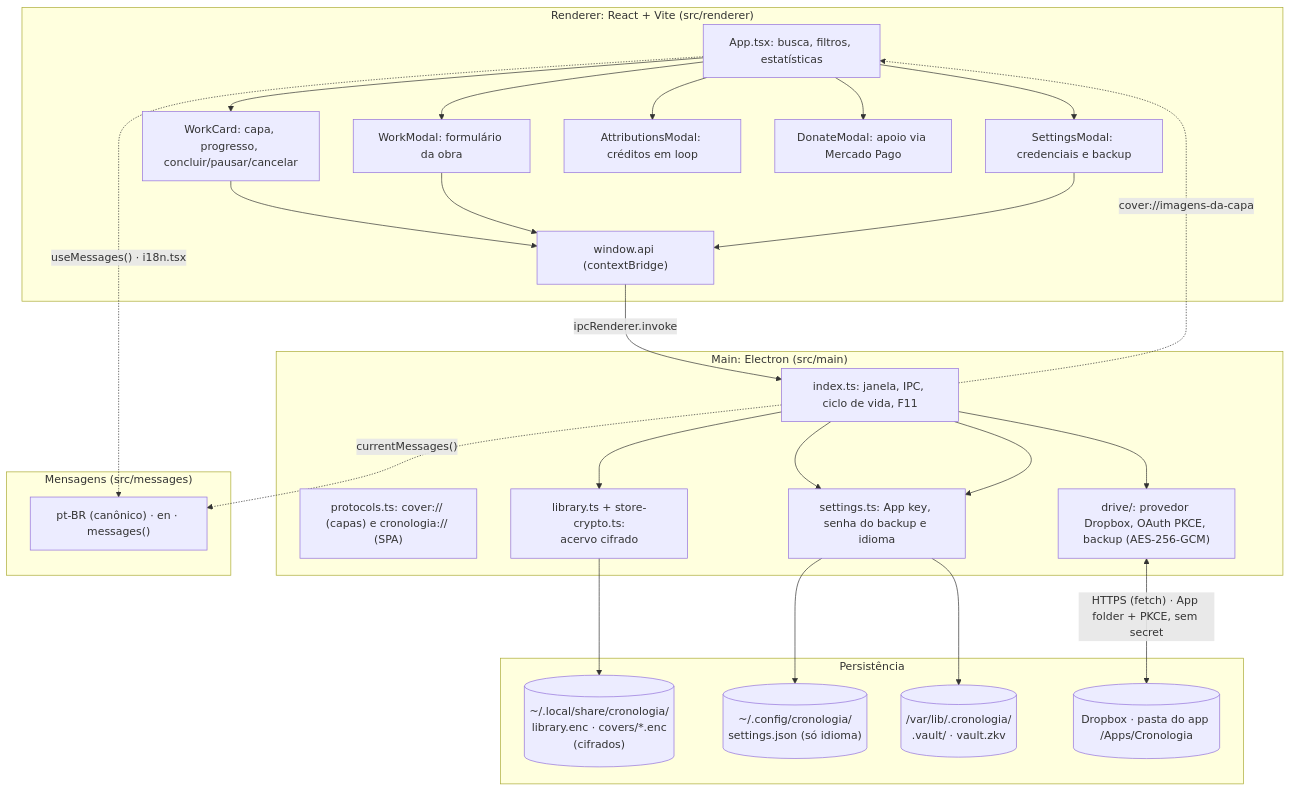
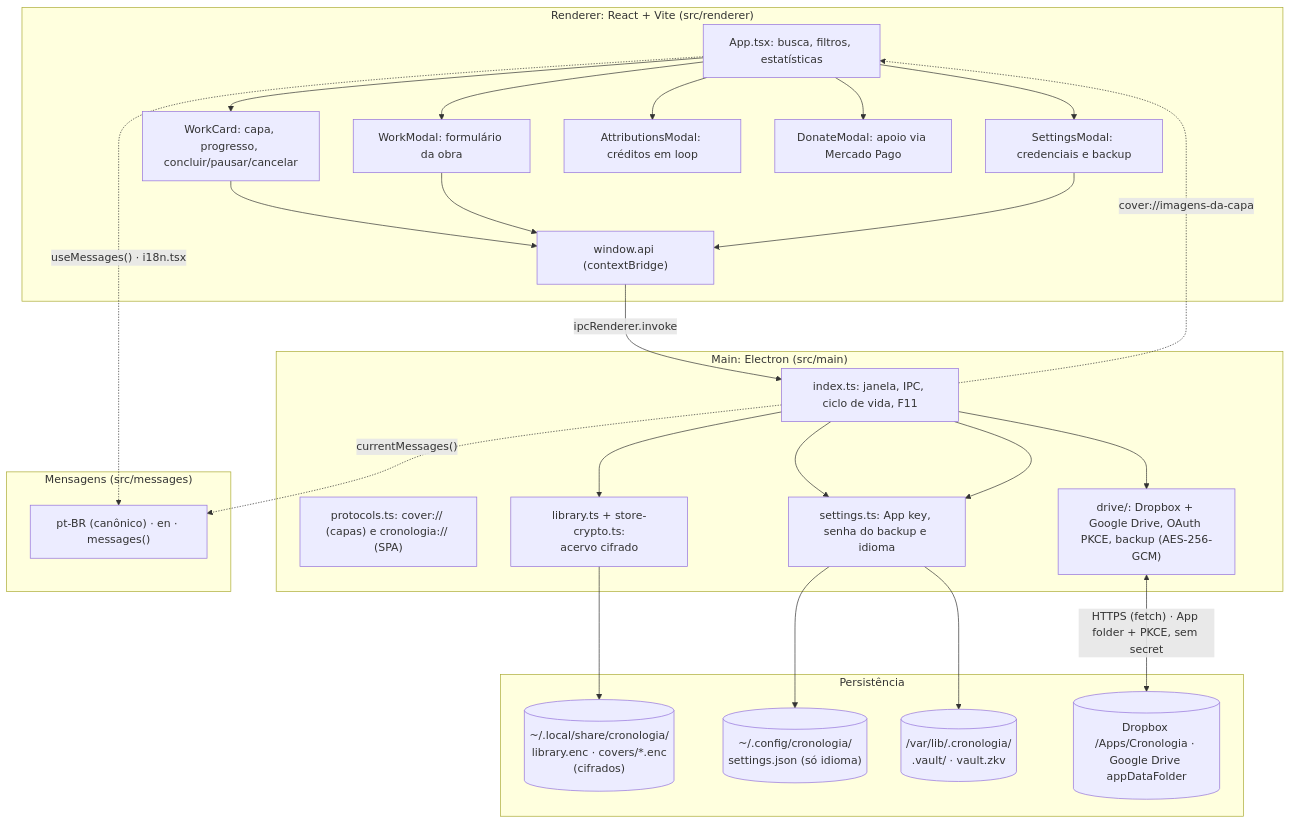
The first of 5 diagrams in README.md (user-nome/cronologia), drawn with Mermaid before and after one commit. The commit also changed other lines of this file and 98 other files, not shown here.

````diff
--- a/README.md
+++ b/README.md
@@ -277,49 +280,49 @@
 ```mermaid
 flowchart TD
     subgraph RENDERER["Renderer: React + Vite (src/renderer)"]
         UI1["App.tsx: busca, filtros, estatísticas"]
         UI2["WorkCard: capa, progresso, concluir/pausar/cancelar"]
         UI3["WorkModal: formulário da obra"]
         UI4["SettingsModal: credenciais e backup"]
         UI5["AttributionsModal: créditos em loop"]
         UI6["DonateModal: apoio via Mercado Pago"]
         BRIDGE["window.api (contextBridge)"]
         UI1 --> UI2
         UI1 --> UI3
         UI1 --> UI4
         UI1 --> UI5
         UI1 --> UI6
         UI2 --> BRIDGE
         UI3 --> BRIDGE
         UI4 --> BRIDGE
     end
 
     subgraph MAIN["Main: Electron (src/main)"]
         IDX["index.ts: janela, IPC, ciclo de vida, F11"]
         PRT["protocols.ts: cover:// (capas) e cronologia:// (SPA)"]
         LIB["library.ts + store-crypto.ts:<br/>acervo cifrado"]
         SET["settings.ts: App key, senha do backup e idioma"]
-        DRV["drive/: provedor Dropbox, OAuth PKCE, backup (AES-256-GCM)"]
+        DRV["drive/: Dropbox + Google Drive, OAuth PKCE, backup (AES-256-GCM)"]
     end
 
     subgraph MSG["Mensagens (src/messages)"]
         M1["pt-BR (canônico) · en · messages()"]
     end
 
     subgraph STORAGE["Persistência"]
         LOKAL[("~/.local/share/cronologia/<br/>library.enc · covers/*.enc<br/>(cifrados)")]
         CFG[("~/.config/cronologia/<br/>settings.json (só idioma)")]
         VAULT[("/var/lib/.cronologia/<br/>.vault/ · vault.zkv")]
-        DRIVE[("Dropbox · pasta do app /Apps/Cronologia")]
+        DRIVE[("Dropbox /Apps/Cronologia · Google Drive appDataFolder")]
     end
 
     BRIDGE -->|"ipcRenderer.invoke"| IDX
     IDX --> LIB --> LOKAL
     IDX --> SET --> CFG
     IDX --> SET --> VAULT
     IDX --> DRV
     DRV <-->|"HTTPS (fetch) · App folder + PKCE, sem secret"| DRIVE
     IDX -.->|"cover://imagens-da-capa"| UI1
     UI1 -.->|"useMessages() · i18n.tsx"| M1
     IDX -.->|"currentMessages()"| M1
 ```
````
